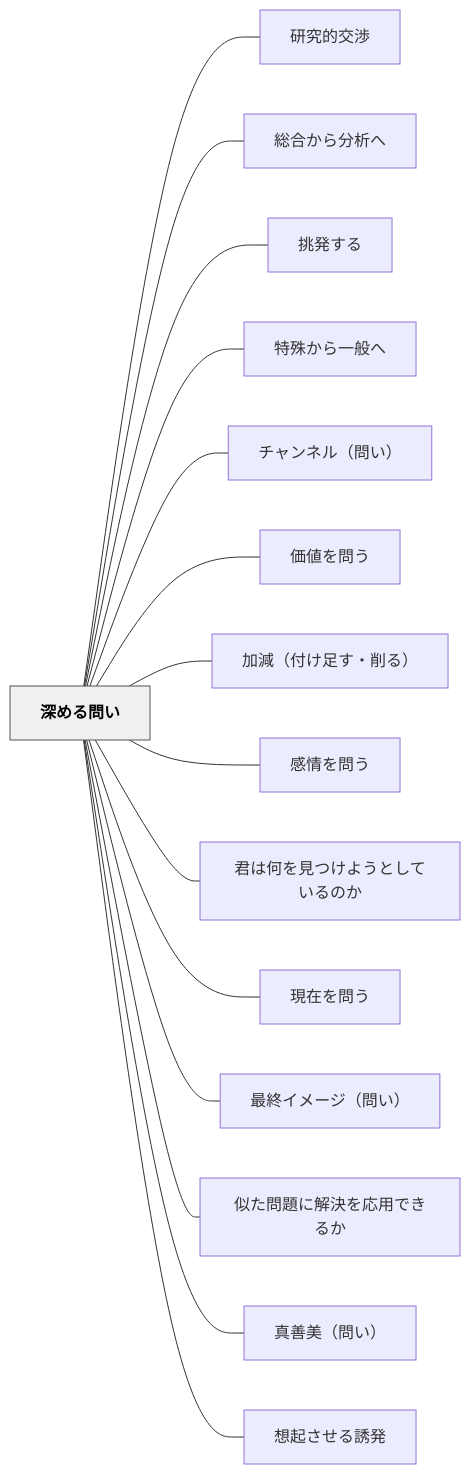
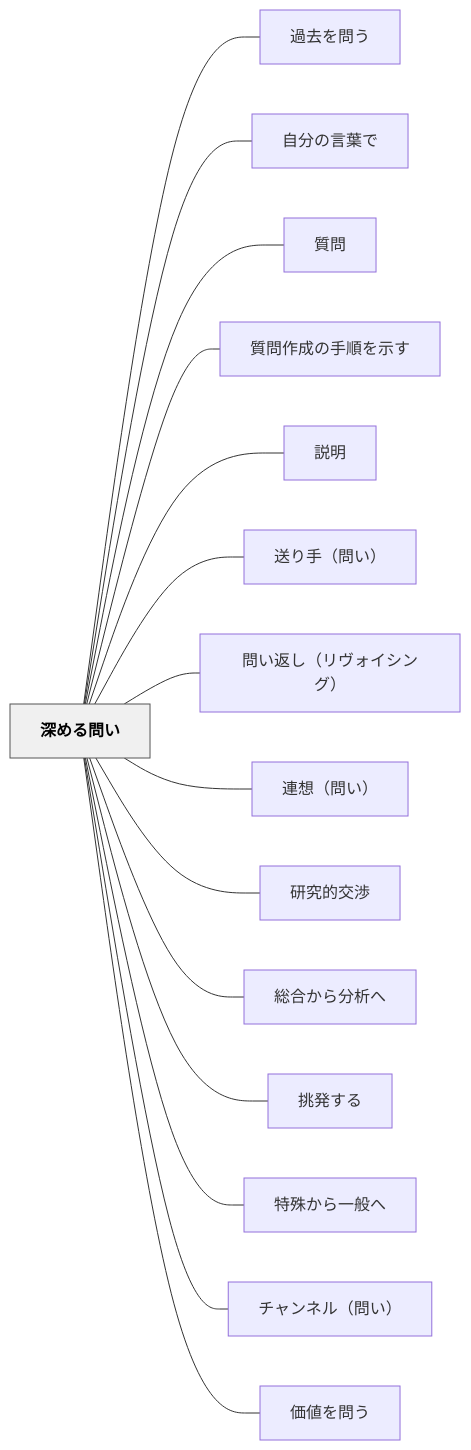
Before and after one commit to unknownthings-ed-patterns/unknownthings-ed-patterns: the diagram in content/パタン/深める問い.md, drawn with Mermaid. The commit also changed other lines of this file and 35 other files, not shown here.

````diff
--- a/content/パタン/深める問い.md
+++ b/content/パタン/深める問い.md
@@ -105,36 +113,36 @@
 ```mermaid
 flowchart LR
     ne6b7b1e38281e3828be5958fe38184["深める問い"]
+    ne9818ee58ebbe38292e5958fe38186["過去を問う"]
+    ne887aae58886e381aee8a880e89189e381a7["自分の言葉で"]
+    ne8b3aae5958f["質問"]
+    ne8b3aae5958fe4bd9ce68890e381aee6898be9a086e38292e7a4bae38199["質問作成の手順を示す"]
+    ne8aaace6988e["説明"]
+    ne98081e3828ae6898befbc88e5958fe38184efbc89["送り手（問い）"]
+    ne5958fe38184e8bf94e38197efbc88e383aae383b4e382a9e382a4e382b7e383b3e382b0efbc89["問い返し（リヴォイシング）"]
+    ne980a3e683b3efbc88e5958fe38184efbc89["連想（問い）"]
     ne7a094e7a9b6e79a84e4baa4e6b889["研究的交渉"]
     ne7b78fe59088e3818be38289e58886e69e90e381b8["総合から分析へ"]
     ne68c91e799bae38199e3828b["挑発する"]
     ne789b9e6ae8ae3818be38289e4b880e888ace381b8["特殊から一般へ"]
     ne38381e383a3e383b3e3838de383abefbc88e5958fe38184efbc89["チャンネル（問い）"]
     ne4bea1e580a4e38292e5958fe38186["価値を問う"]
-    ne58aa0e6b89befbc88e4bb98e38191e8b6b3e38199e383bbe5898ae3828befbc89["加減（付け足す・削る）"]
-    ne6849fe68385e38292e5958fe38186["感情を問う"]
-    ne5909be381afe4bd95e38292e8a68be381a4e38191e38288e38186e381a8e38197e381a6e38184e3828be381aee3818b["君は何を見つけようとしているのか"]
-    ne78fbee59ca8e38292e5958fe38186["現在を問う"]
-    ne69c80e7b582e382a4e383a1e383bce382b8efbc88e5958fe38184efbc89["最終イメージ（問い）"]
-    ne4bcbce3819fe5958fe9a18ce381abe8a7a3e6b1bae38292e5bf9ce794a8e381a7e3818de3828be3818b["似た問題に解決を応用できるか"]
-    ne79c9fe59684e7be8eefbc88e5958fe38184efbc89["真善美（問い）"]
-    ne683b3e8b5b7e38195e3819be3828be8aa98e799ba["想起させる誘発"]
 
+    ne6b7b1e38281e3828be5958fe38184 --- ne9818ee58ebbe38292e5958fe38186
+    ne6b7b1e38281e3828be5958fe38184 --- ne887aae58886e381aee8a880e89189e381a7
+    ne6b7b1e38281e3828be5958fe38184 --- ne8b3aae5958f
+    ne6b7b1e38281e3828be5958fe38184 --- ne8b3aae5958fe4bd9ce68890e381aee6898be9a086e38292e7a4bae38199
+    ne6b7b1e38281e3828be5958fe38184 --- ne8aaace6988e
+    ne6b7b1e38281e3828be5958fe38184 --- ne98081e3828ae6898befbc88e5958fe38184efbc89
+    ne6b7b1e38281e3828be5958fe38184 --- ne5958fe38184e8bf94e38197efbc88e383aae383b4e382a9e382a4e382b7e383b3e382b0efbc89
+    ne6b7b1e38281e3828be5958fe38184 --- ne980a3e683b3efbc88e5958fe38184efbc89
     ne6b7b1e38281e3828be5958fe38184 --- ne7a094e7a9b6e79a84e4baa4e6b889
     ne6b7b1e38281e3828be5958fe38184 --- ne7b78fe59088e3818be38289e58886e69e90e381b8
     ne6b7b1e38281e3828be5958fe38184 --- ne68c91e799bae38199e3828b
     ne6b7b1e38281e3828be5958fe38184 --- ne789b9e6ae8ae3818be38289e4b880e888ace381b8
     ne6b7b1e38281e3828be5958fe38184 --- ne38381e383a3e383b3e3838de383abefbc88e5958fe38184efbc89
     ne6b7b1e38281e3828be5958fe38184 --- ne4bea1e580a4e38292e5958fe38186
-    ne6b7b1e38281e3828be5958fe38184 --- ne58aa0e6b89befbc88e4bb98e38191e8b6b3e38199e383bbe5898ae3828befbc89
-    ne6b7b1e38281e3828be5958fe38184 --- ne6849fe68385e38292e5958fe38186
-    ne6b7b1e38281e3828be5958fe38184 --- ne5909be381afe4bd95e38292e8a68be381a4e38191e38288e38186e381a8e38197e381a6e38184e3828be381aee3818b
-    ne6b7b1e38281e3828be5958fe38184 --- ne78fbee59ca8e38292e5958fe38186
-    ne6b7b1e38281e3828be5958fe38184 --- ne69c80e7b582e382a4e383a1e383bce382b8efbc88e5958fe38184efbc89
-    ne6b7b1e38281e3828be5958fe38184 --- ne4bcbce3819fe5958fe9a18ce381abe8a7a3e6b1bae38292e5bf9ce794a8e381a7e3818de3828be3818b
-    ne6b7b1e38281e3828be5958fe38184 --- ne79c9fe59684e7be8eefbc88e5958fe38184efbc89
-    ne6b7b1e38281e3828be5958fe38184 --- ne683b3e8b5b7e38195e3819be3828be8aa98e799ba
 
     classDef hub fill:#f0f0f0,stroke:#555,color:#000,font-weight:bold
     class ne6b7b1e38281e3828be5958fe38184 hub
 ```
````
